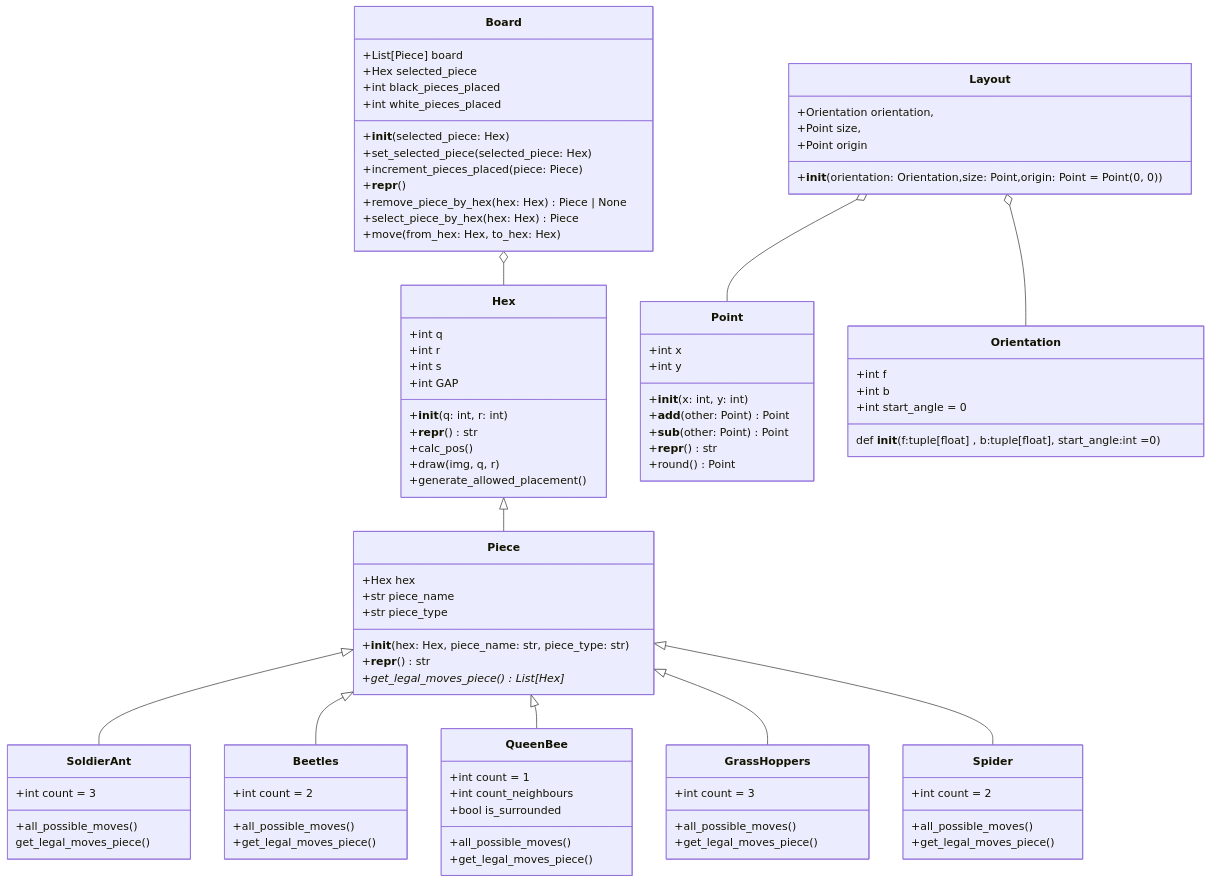
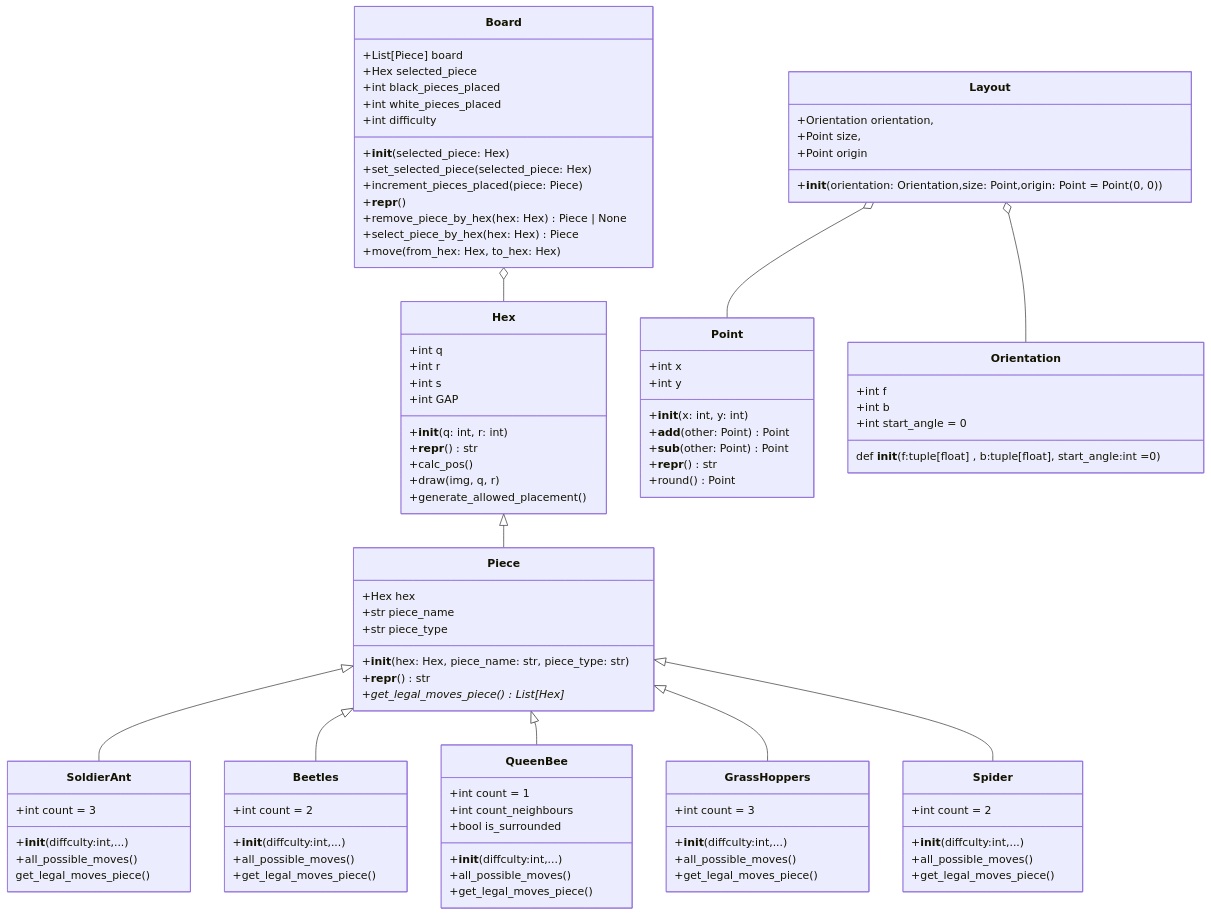
The diagram in Classes.md (omaremadd/Hive-Game), drawn with Mermaid before and after one commit. The commit also changed 1 other file, not shown here.

Commit message:
Modified board class

```diff
--- a/Classes.md
+++ b/Classes.md
@@ -7,6 +7,7 @@
         +Hex selected_piece
         +int black_pieces_placed
         +int white_pieces_placed
+        +int difficulty
         +__init__(selected_piece: Hex)
         +set_selected_piece(selected_piece: Hex)
         +increment_pieces_placed(piece: Piece)
@@ -67,11 +68,13 @@
 
     class SoldierAnt{
         +int count = 3
+        +__init__(diffculty:int,...)
         +all_possible_moves()
         get_legal_moves_piece()
     }    
     class Beetles{
         +int count = 2
+        +__init__(diffculty:int,...)
         +all_possible_moves()
         +get_legal_moves_piece()
     }
@@ -79,16 +82,19 @@
         +int count = 1
         +int count_neighbours
         +bool is_surrounded
+        +__init__(diffculty:int,...)
         +all_possible_moves()
         +get_legal_moves_piece()
     }
     class GrassHoppers{
         +int count = 3
+        +__init__(diffculty:int,...)
         +all_possible_moves()
         +get_legal_moves_piece()
     }
     class Spider{
         +int count = 2
+        +__init__(diffculty:int,...)
         +all_possible_moves()
         +get_legal_moves_piece()
     }
```
